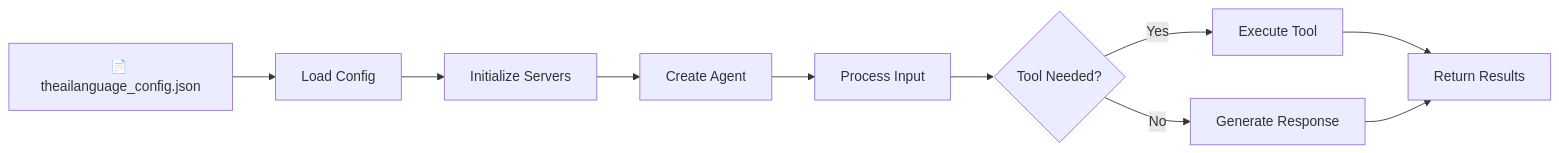
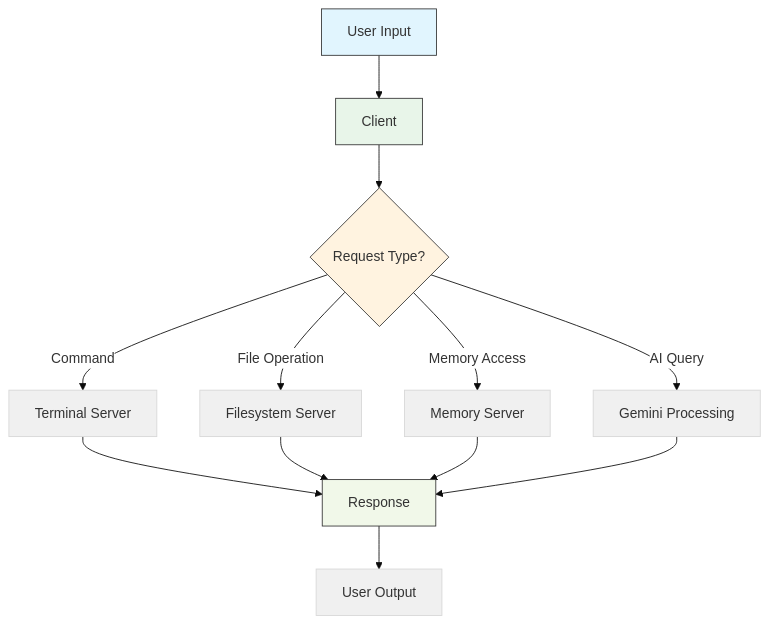
Before and after one commit to Techiral/mcp: the third of 4 diagrams in README.md, drawn with Mermaid. The commit also changed other lines of this file, not shown here.

````diff
--- a/README.md
+++ b/README.md
@@ -91,12 +72,19 @@
 ```mermaid
-flowchart LR
-    A[📄 theailanguage_config.json] --> B[Load Config]
-    B --> C[Initialize Servers]
-    C --> D[Create Agent]
-    D --> E[Process Input]
-    E --> F{Tool Needed?}
-    F -->|Yes| G[Execute Tool]
-    F -->|No| H[Generate Response]
-    G --> I[Return Results]
-    H --> I
+%%{init: {'theme': 'base', 'themeVariables': { 'primaryColor': '#f0f0f0', 'nodeTextColor': '#333', 'edgeLabelBackground': '#fff'}}}%%
+flowchart TD
+    A[User Input] --> B[Client]
+    B --> C{Request Type?}
+    C -->|Command| D[Terminal Server]
+    C -->|File Operation| E[Filesystem Server]
+    C -->|Memory Access| F[Memory Server]
+    C -->|AI Query| G[Gemini Processing]
+    D --> H[Response]
+    E --> H
+    F --> H
+    G --> H
+    H --> I[User Output]
+    style A fill:#e1f5fe,stroke:#333
+    style B fill:#e8f5e9,stroke:#333
+    style C fill:#fff3e0,stroke:#333
+    style H fill:#f1f8e9,stroke:#333
 ```
````
